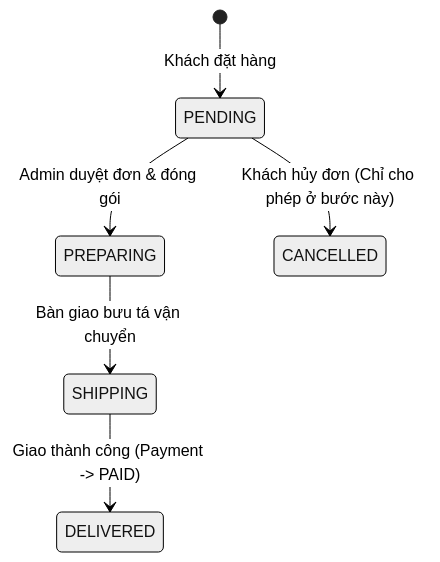
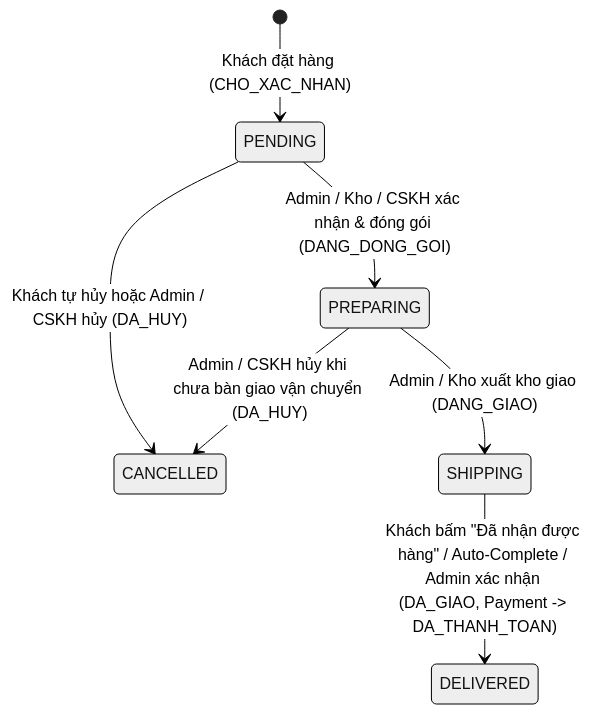
Before and after one commit to phamlehuuthang/Bookstore_Mobile: the second of 2 diagrams in PHAN_TICH_NGHIEP_VU_VA_CSDL.md, drawn with Mermaid (neutral theme). The commit also changed other lines of this file and 24 other files, not shown here.

Commit message:
hoàn thành phần đặt hàng và duyệt đơn hàng và các chức năng tương đương(bước 6 đã xong)

````diff
--- a/PHAN_TICH_NGHIEP_VU_VA_CSDL.md
+++ b/PHAN_TICH_NGHIEP_VU_VA_CSDL.md
@@ -264,8 +264,9 @@
   ```mermaid
   stateDiagram-v2
-      [*] --> PENDING : Khách đặt hàng
-      PENDING --> PREPARING : Admin duyệt đơn & đóng gói
-      PENDING --> CANCELLED : Khách hủy đơn (Chỉ cho phép ở bước này)
-      PREPARING --> SHIPPING : Bàn giao bưu tá vận chuyển
-      SHIPPING --> DELIVERED : Giao thành công (Payment -> PAID)
+      [*] --> PENDING : Khách đặt hàng (CHO_XAC_NHAN)
+      PENDING --> PREPARING : Admin / Kho / CSKH xác nhận & đóng gói (DANG_DONG_GOI)
+      PENDING --> CANCELLED : Khách tự hủy hoặc Admin / CSKH hủy (DA_HUY)
+      PREPARING --> SHIPPING : Admin / Kho xuất kho giao (DANG_GIAO)
+      PREPARING --> CANCELLED : Admin / CSKH hủy khi chưa bàn giao vận chuyển (DA_HUY)
+      SHIPPING --> DELIVERED : Khách bấm "Đã nhận được hàng" / Auto-Complete / Admin xác nhận (DA_GIAO, Payment -> DA_THANH_TOAN)
   ```
````
